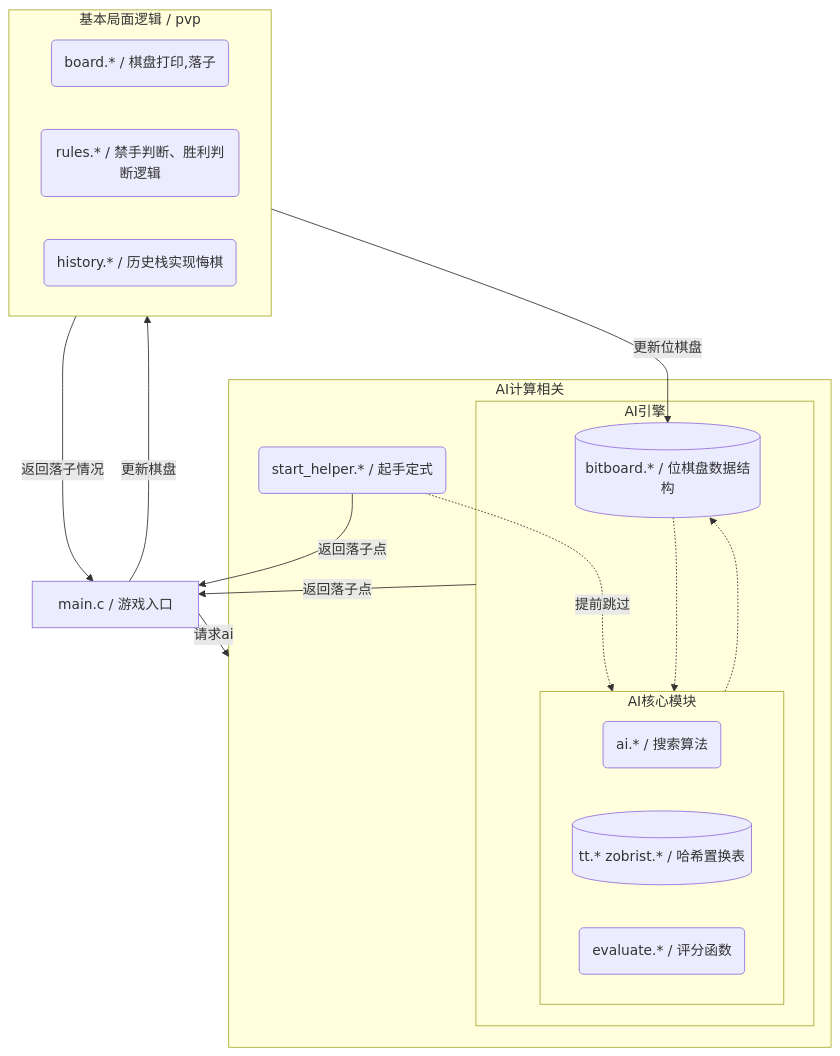
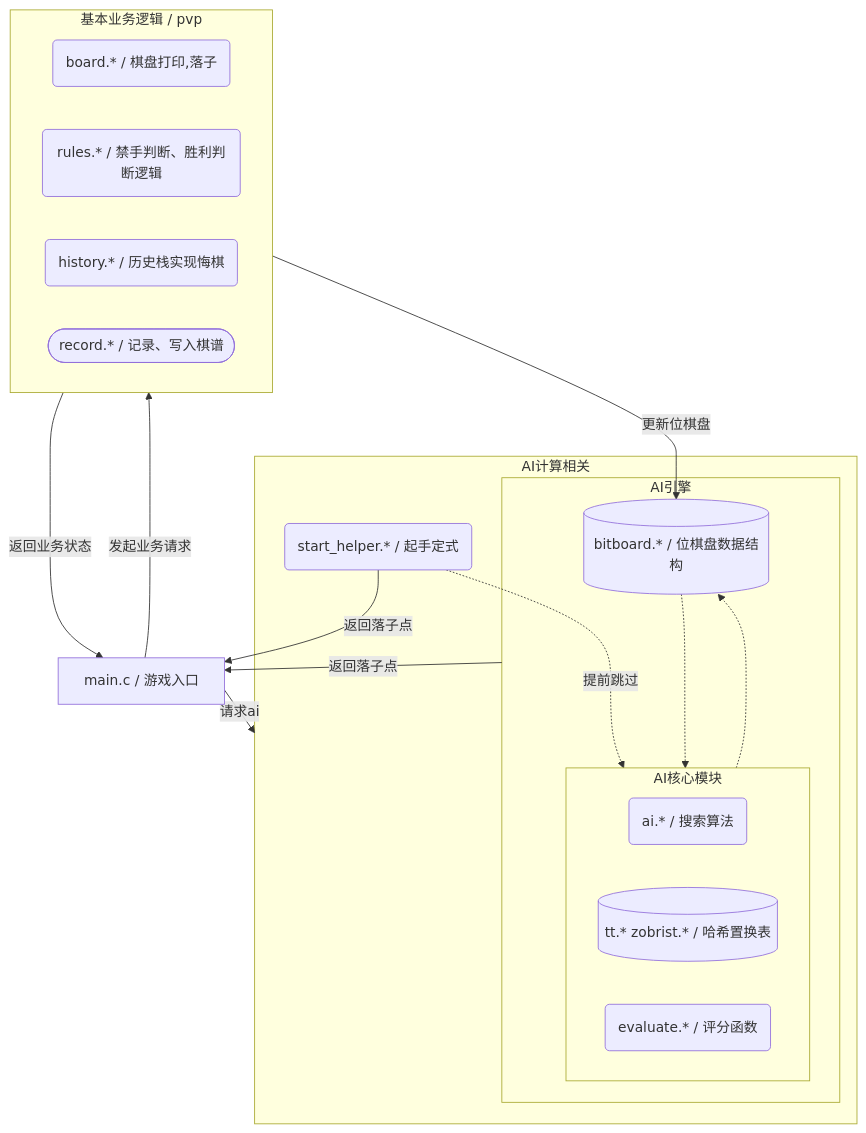
Before and after one commit to Ben-Daming/Gomoku_Remote: the diagram in Develop_Doc.md, drawn with Mermaid. The commit also changed other lines of this file and 5 other files, not shown here.

Commit message:
fix: ai TT flush when undoing feat: add record module with api record and load

````diff
--- a/Develop_Doc.md
+++ b/Develop_Doc.md
@@ -4,36 +4,38 @@
 ```mermaid
 graph TD
     main[main.c / 游戏入口]
     subgraph AI_ALL[AI计算相关]
         subgraph AI_CORE[AI引擎]
             bitBoard[(bitboard.* / 位棋盘数据结构)]
             subgraph AI_MODULE[AI核心模块]
                 ai(ai.* / 搜索算法)
                 
                 tt[(tt.* zobrist.* / 哈希置换表)]
 
                 evaluate(evaluate.* / 评分函数)
+
             end
         
         end
     start_helper(start_helper.* / 起手定式)
     end
-    subgraph BOARD_MODULE[基本局面逻辑 / pvp]
+    subgraph BOARD_MODULE[基本业务逻辑 / pvp]
         board(board.* / 棋盘打印,落子 )
         rule(rules.* / 禁手判断、胜利判断逻辑 )
         history(history.* / 历史栈实现悔棋)
+        record([record.* / 记录、写入棋谱])
     end
 
     BOARD_MODULE --> |更新位棋盘| bitBoard
     AI_CORE --> |返回落子点| main
     start_helper --> |返回落子点| main
     start_helper -.-> |提前跳过| AI_MODULE
-    main --> |更新棋盘| BOARD_MODULE
+    main --> |发起业务请求| BOARD_MODULE
     main --> |请求ai| AI_ALL
-    BOARD_MODULE --> |返回落子情况| main
+    BOARD_MODULE --> |返回业务状态| main
     AI_MODULE -.-> bitBoard
     bitBoard -.-> AI_MODULE
 
 
     
 ```
````
